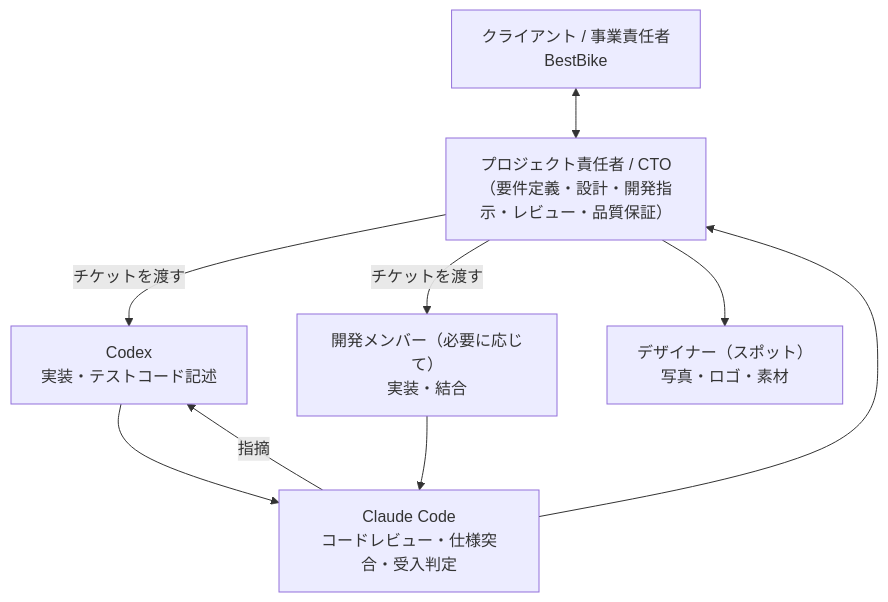
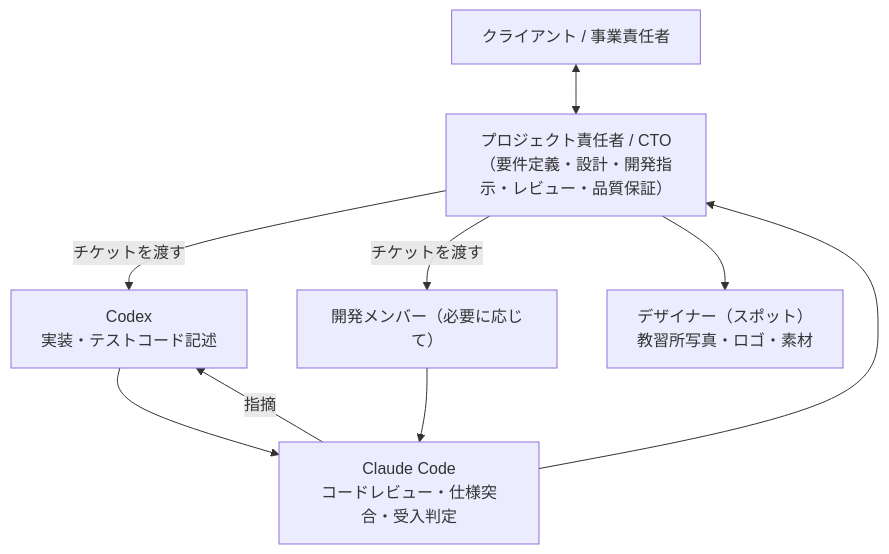
The second of 4 diagrams in docs/08_plan-and-estimate.md (Sho0922/bestbike_matching-), drawn with Mermaid before and after one commit. The commit also changed other lines of this file and 10 other files, not shown here.

````diff
--- a/docs/08_plan-and-estimate.md
+++ b/docs/08_plan-and-estimate.md
@@ -46,11 +55,11 @@
 ```mermaid
 flowchart TD
-  C["クライアント / 事業責任者<br/>BestBike"] <--> PM["プロジェクト責任者 / CTO<br/>（要件定義・設計・開発指示・レビュー・品質保証）"]
+  C["クライアント / 事業責任者"] <--> PM["プロジェクト責任者 / CTO<br/>（要件定義・設計・開発指示・レビュー・品質保証）"]
   PM -->|チケットを渡す| AI["Codex<br/>実装・テストコード記述"]
-  PM -->|チケットを渡す| DEV["開発メンバー（必要に応じて）<br/>実装・結合"]
+  PM -->|チケットを渡す| DEV["開発メンバー（必要に応じて）"]
   AI --> REV["Claude Code<br/>コードレビュー・仕様突合・受入判定"]
   DEV --> REV
   REV -->|指摘| AI
   REV --> PM
-  PM --> DES["デザイナー（スポット）<br/>写真・ロゴ・素材"]
+  PM --> DES["デザイナー（スポット）<br/>教習所写真・ロゴ・素材"]
 ```
````
